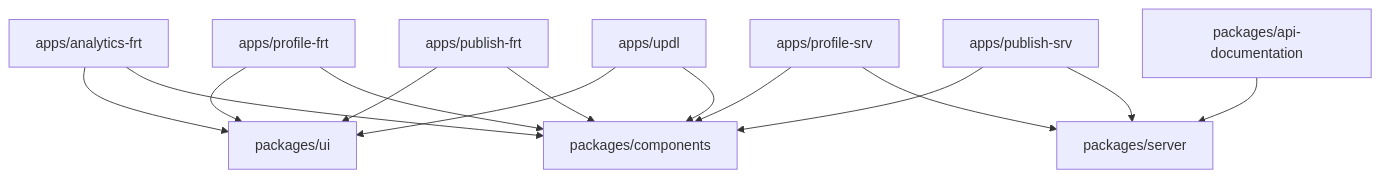
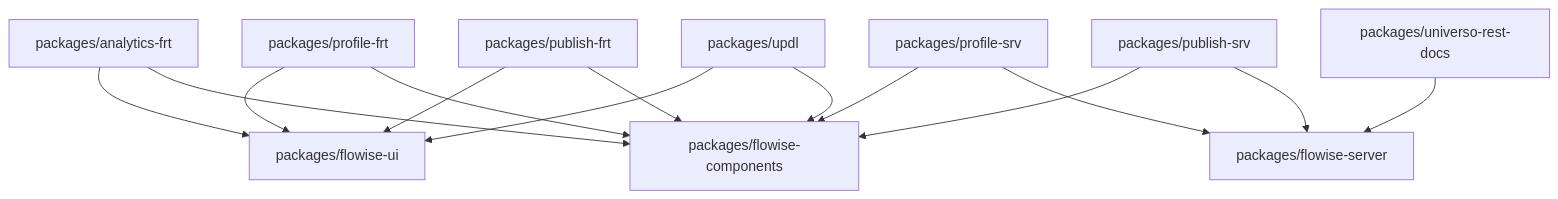
One commit to teknokomo/universo-platformo-react changed the diagram in docs/en/roadmap/current-architecture/packages-analysis.md. Above: the diagram before and after it, drawn with Mermaid. The commit also changed other lines of this file and 3384 other files, not shown here.

````diff
--- a/docs/en/roadmap/current-architecture/packages-analysis.md
+++ b/docs/en/roadmap/current-architecture/packages-analysis.md
@@ -125,16 +125,16 @@
 ```mermaid
 graph TD
-    A[apps/updl] --> B[packages/components]
-    A --> C[packages/ui]
-    D[apps/publish-frt] --> B
+    A[packages/updl] --> B[packages/flowise-components]
+    A --> C[packages/flowise-ui]
+    D[packages/publish-frt] --> B
     D --> C
-    E[apps/profile-frt] --> B
+    E[packages/profile-frt] --> B
     E --> C
-    F[apps/analytics-frt] --> B
+    F[packages/analytics-frt] --> B
     F --> C
-    G[apps/publish-srv] --> H[packages/server]
+    G[packages/publish-srv] --> H[packages/flowise-server]
     G --> B
-    I[apps/profile-srv] --> H
+    I[packages/profile-srv] --> H
     I --> B
-    J[packages/api-documentation] --> H
+    J[packages/universo-rest-docs] --> H
 ```
````
